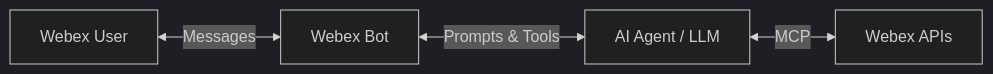
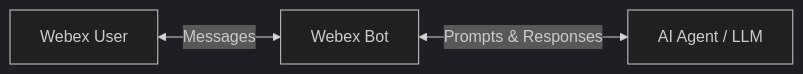
One commit to WebexCC-SA/LAB-31123 changed the diagram in docs/lab3_bot-integration.md. Above: the diagram before and after it, drawn with Mermaid (dark theme). The commit also changed other lines of this file, not shown here.

````diff
--- a/docs/lab3_bot-integration.md
+++ b/docs/lab3_bot-integration.md
@@ -15,6 +7,5 @@
 ```mermaid
 flowchart LR
     User[Webex User] <-->|Messages| Bot[Webex Bot]
-    Bot <-->|Prompts & Tools| Agent[AI Agent / LLM]
-    Agent <-->|MCP| Tools[Webex APIs]
+    Bot <-->|Prompts & Responses| Agent[AI Agent / LLM]
 ```
````
